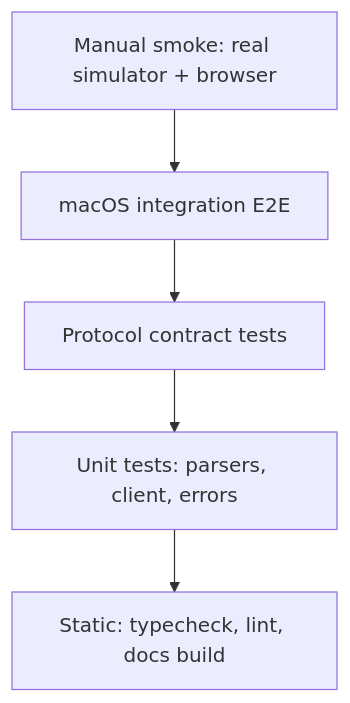
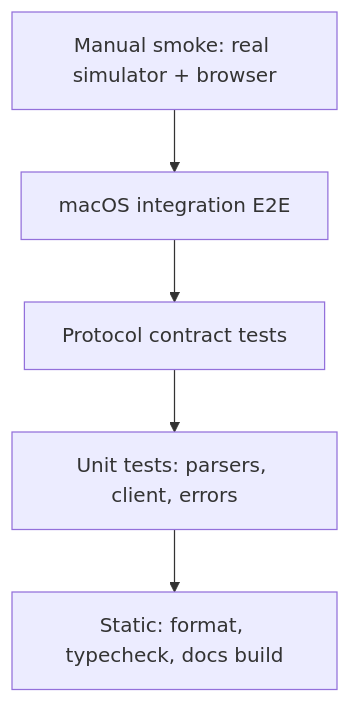
Before and after one commit to 403access/ios-sim: the diagram in docs-site/docs/plans/testing-strategy.md, drawn with Mermaid. The commit also changed other lines of this file and 51 other files, not shown here.

````diff
--- a/docs-site/docs/plans/testing-strategy.md
+++ b/docs-site/docs/plans/testing-strategy.md
@@ -16,7 +15,7 @@
 ```mermaid
 flowchart TB
   Manual[Manual smoke: real simulator + browser] --> E2E[macOS integration E2E]
   E2E --> Contract[Protocol contract tests]
   Contract --> Unit[Unit tests: parsers, client, errors]
-  Unit --> Static[Static: typecheck, lint, docs build]
+  Unit --> Static[Static: format, typecheck, docs build]
 ```
````
